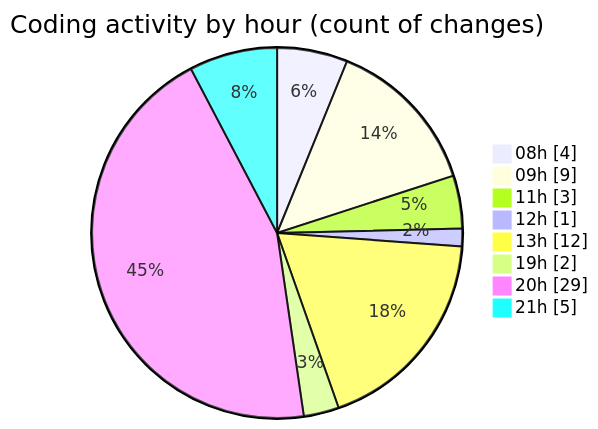
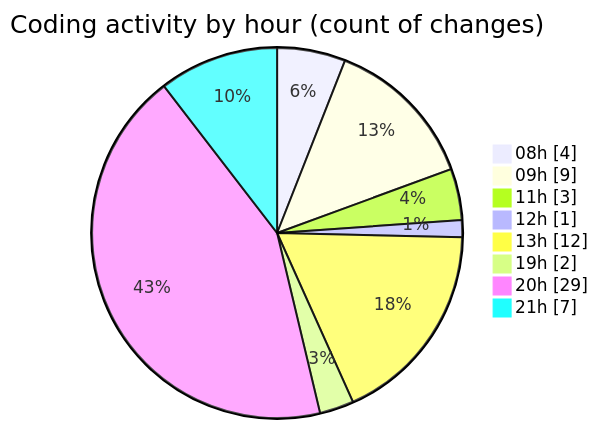
One commit to momahboobian/code-tracking changed the second of 2 diagrams in 2025-05-07/samplepdf/README.md. Above: the diagram before and after it, drawn with Mermaid. The commit also changed other lines of this file and 1 other file, not shown here.

````diff
--- a/2025-05-07/samplepdf/README.md
+++ b/2025-05-07/samplepdf/README.md
@@ -38,12 +38,12 @@
 ```mermaid
 pie showData
 title Coding activity by hour (count of changes)
 "08h" : 4
 "09h" : 9
 "11h" : 3
 "12h" : 1
 "13h" : 12
 "19h" : 2
 "20h" : 29
-"21h" : 5
+"21h" : 7
 ```
````
